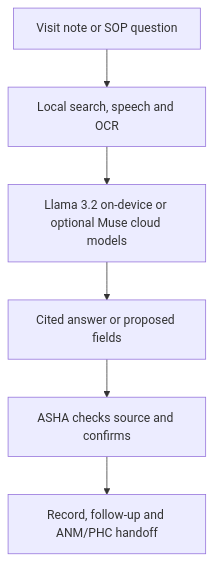
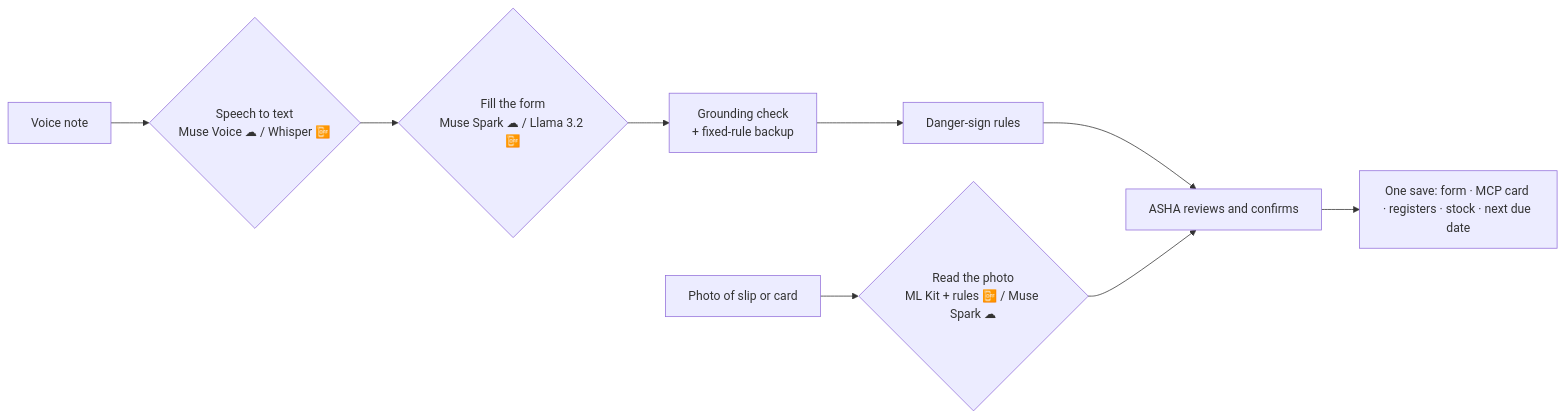
One commit to ektasikka1989-cmyk/Pramaan changed the diagram in README.md. Above: the diagram before and after it, drawn with Mermaid. The commit also changed other lines of this file and 10 other files, not shown here.

````diff
--- a/README.md
+++ b/README.md
@@ -94,8 +170,11 @@
 ```mermaid
-flowchart TD
-    A["Visit note or SOP question"] --> B["Local search, speech and OCR"]
-    B --> C["Llama 3.2 on-device or optional Muse cloud models"]
-    C --> D["Cited answer or proposed fields"]
-    D --> E["ASHA checks source and confirms"]
-    E --> F["Record, follow-up and ANM/PHC handoff"]
+flowchart LR
+    A["Voice note"] --> B{"Speech to text<br/>Muse Voice ☁ / Whisper 📴"}
+    P["Photo of slip or card"] --> Q{"Read the photo<br/>ML Kit + rules 📴 / Muse Spark ☁"}
+    B --> C{"Fill the form<br/>Muse Spark ☁ / Llama 3.2 📴"}
+    C --> D["Grounding check<br/>+ fixed-rule backup"]
+    D --> E["Danger-sign rules"]
+    E --> F["ASHA reviews and confirms"]
+    Q --> F
+    F --> G["One save: form · MCP card · registers · stock · next due date"]
 ```
````
